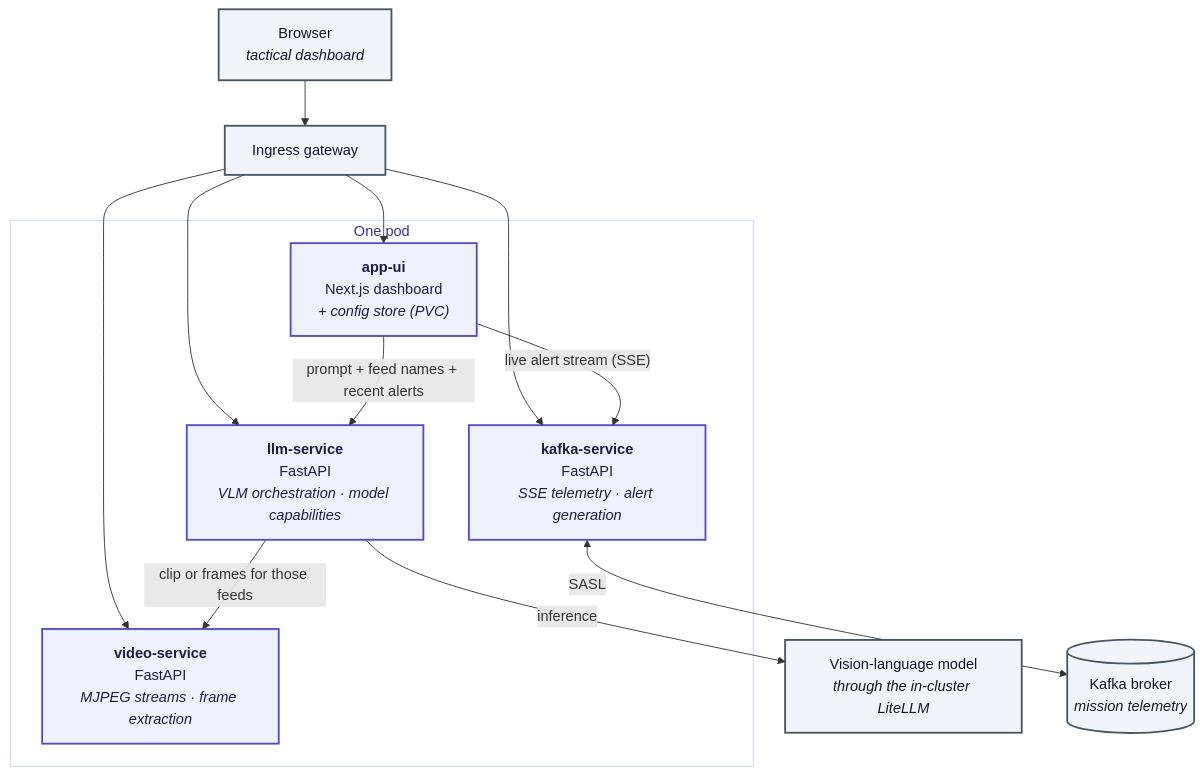
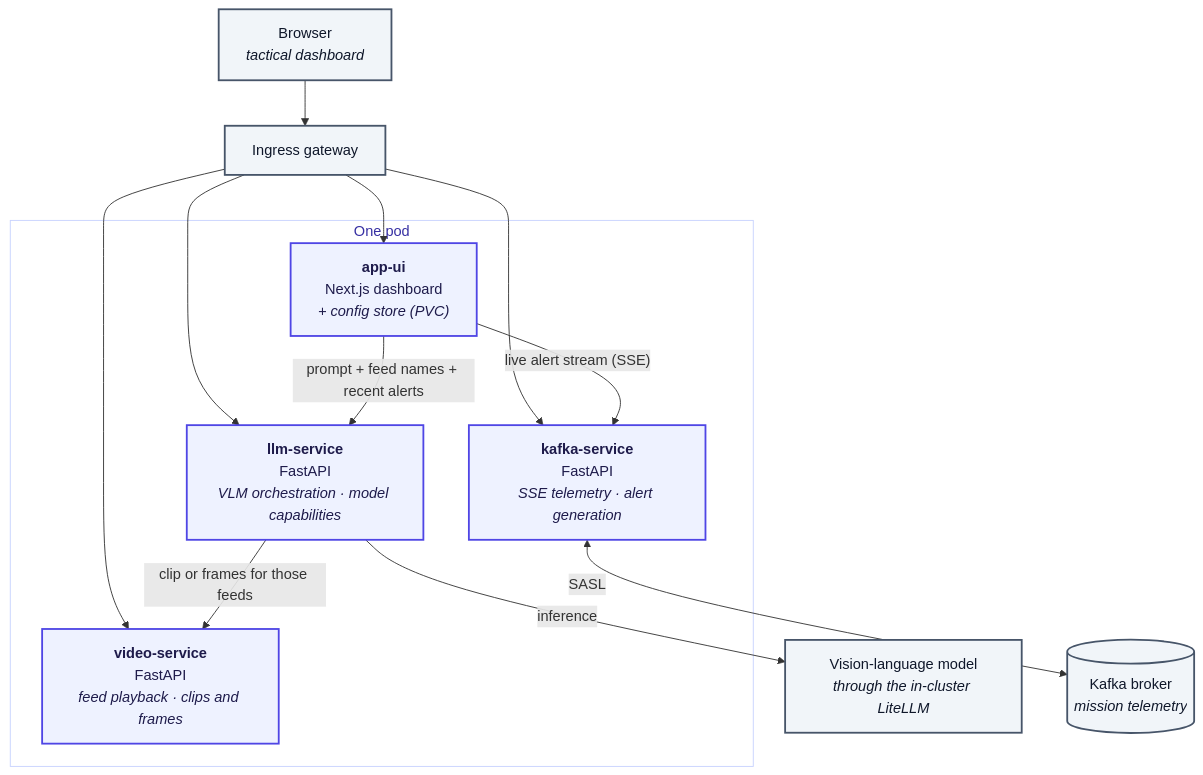
Before and after one commit to erdincka/defence-ops: the diagram in README.md, drawn with Mermaid. The commit also changed other lines of this file and 19 other files, not shown here.

````diff
--- a/README.md
+++ b/README.md
@@ -41,31 +41,31 @@
 ```mermaid
 flowchart TB
     browser["Browser<br/><i>tactical dashboard</i>"]
     gw["Ingress gateway"]
 
     subgraph ns ["One pod"]
         ui["<b>app-ui</b><br/>Next.js dashboard<br/><i>+ config store (PVC)</i>"]
-        vid["<b>video-service</b><br/>FastAPI<br/><i>MJPEG streams · frame extraction</i>"]
+        vid["<b>video-service</b><br/>FastAPI<br/><i>feed playback · clips and frames</i>"]
         llm["<b>llm-service</b><br/>FastAPI<br/><i>VLM orchestration · model capabilities</i>"]
         kaf["<b>kafka-service</b><br/>FastAPI<br/><i>SSE telemetry · alert generation</i>"]
     end
 
     model["Vision-language model<br/><i>through the in-cluster LiteLLM</i>"]
     broker[("Kafka broker<br/><i>mission telemetry</i>")]
 
     browser --> gw --> ui
     gw --> vid
     gw --> llm
     gw --> kaf
     ui -->|"prompt + feed names + recent alerts"| llm
     llm -->|"clip or frames for those feeds"| vid
     ui -->|"live alert stream (SSE)"| kaf
     llm -->|"inference"| model
     kaf <-->|"SASL"| broker
 
     classDef svc fill:#eef2ff,stroke:#4f46e5,stroke-width:2px,color:#1e1b4b;
     classDef ext fill:#f1f5f9,stroke:#475569,stroke-width:2px,color:#0f172a;
     class ui,vid,llm,kaf svc;
     class browser,gw,model,broker ext;
     style ns fill:#ffffff,stroke:#c7d2fe,stroke-width:1px,color:#3730a3;
 ```
````
